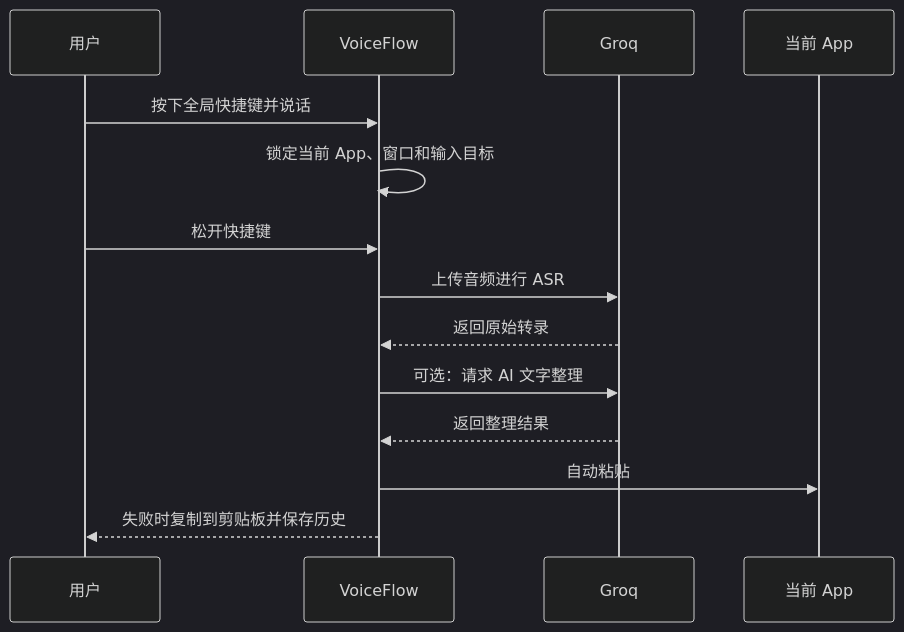
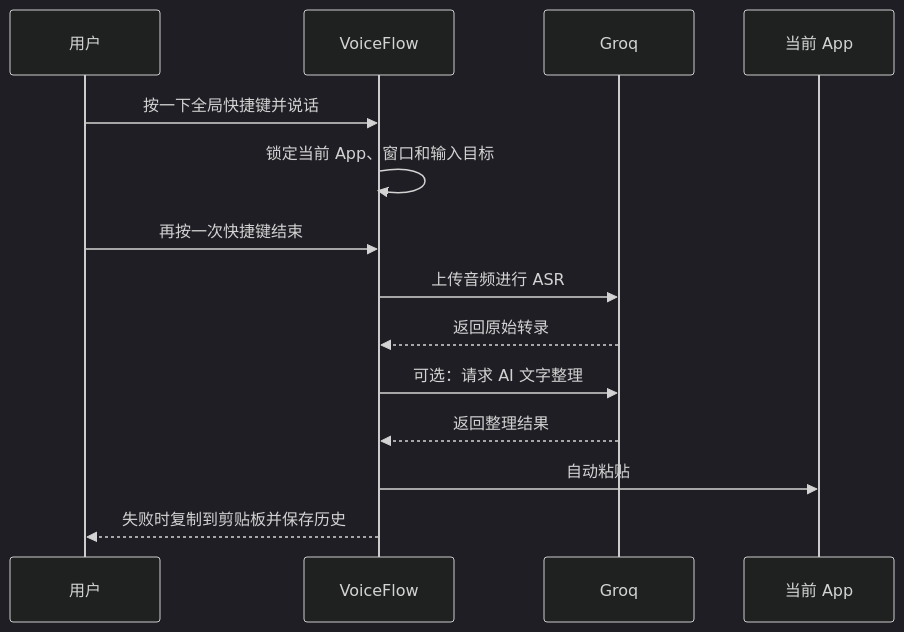
The second of 2 diagrams in README.md (wangm12/voice-flow), drawn with Mermaid (dark theme) before and after one commit. The commit also changed other lines of this file and 48 other files, not shown here.

````diff
--- a/README.md
+++ b/README.md
@@ -60,17 +60,17 @@
 ```mermaid
 sequenceDiagram
     participant U as 用户
     participant V as VoiceFlow
     participant G as Groq
     participant A as 当前 App
 
-    U->>V: 按下全局快捷键并说话
+    U->>V: 按一下全局快捷键并说话
     V->>V: 锁定当前 App、窗口和输入目标
-    U->>V: 松开快捷键
+    U->>V: 再按一次快捷键结束
     V->>G: 上传音频进行 ASR
     G-->>V: 返回原始转录
     V->>G: 可选：请求 AI 文字整理
     G-->>V: 返回整理结果
     V->>A: 自动粘贴
     V-->>U: 失败时复制到剪贴板并保存历史
 ```
````
